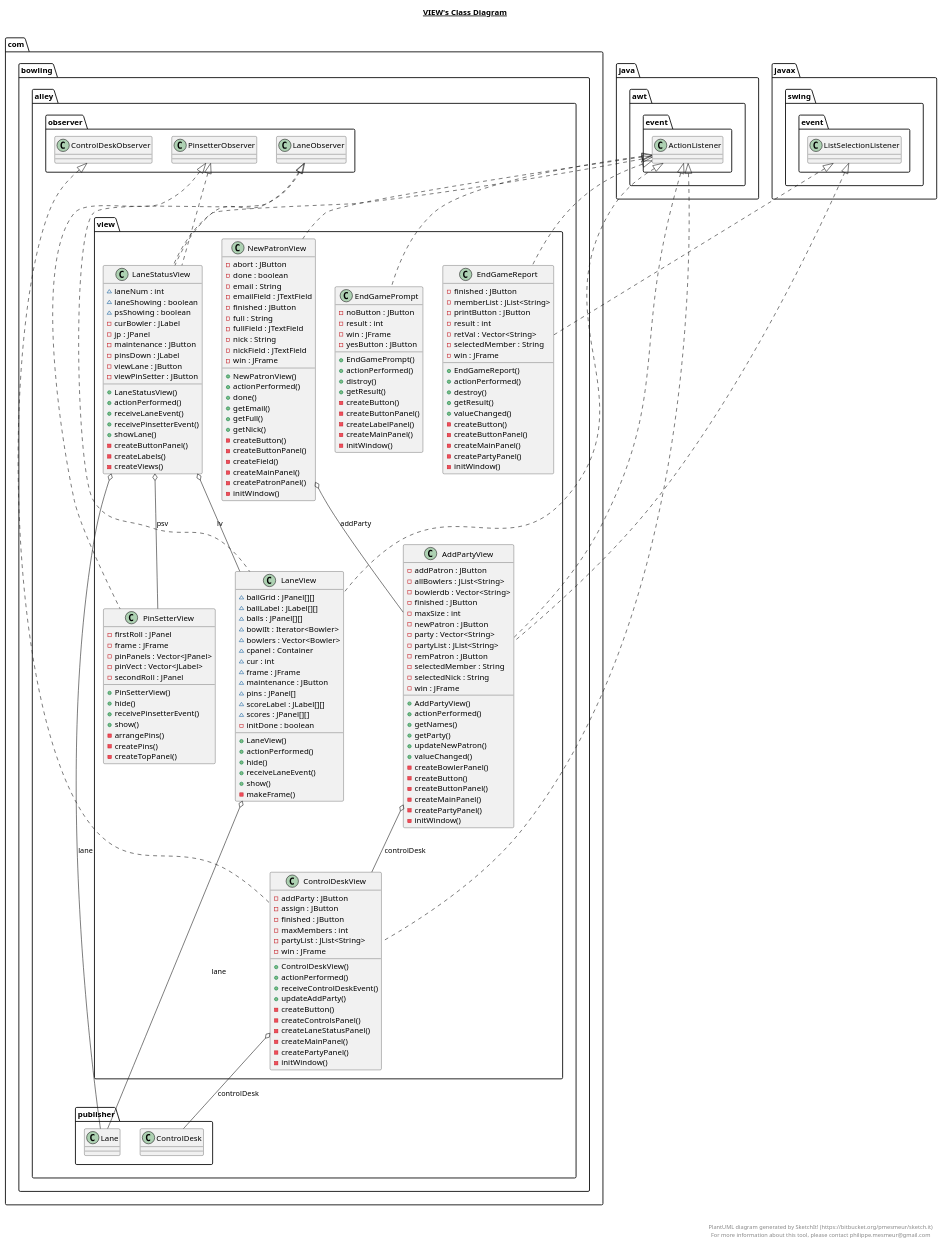
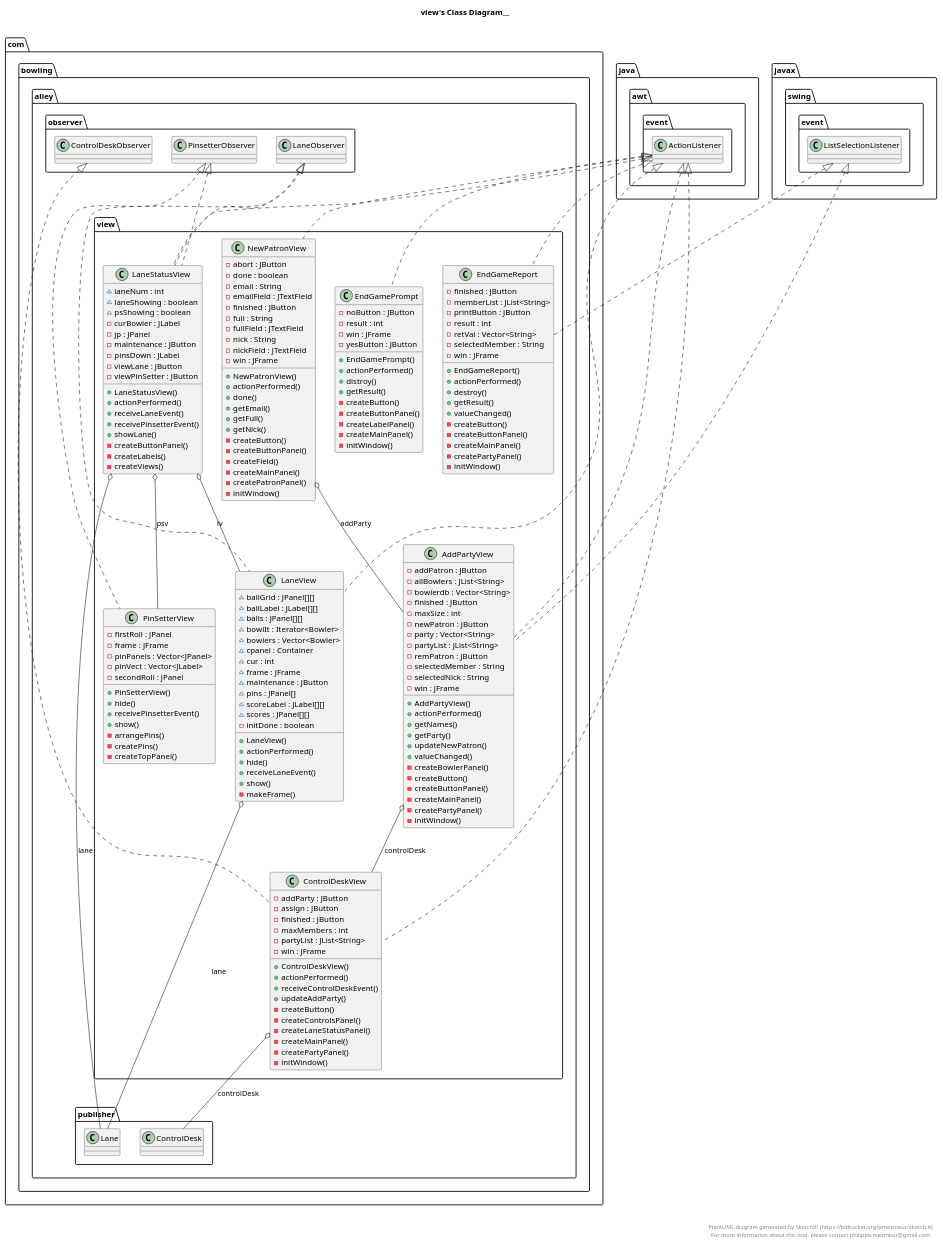
One commit to akshayphate/bowlingalley changed the diagram in src/com/bowling/alley/view/view.plantuml. Above: the diagram before and after it, drawn with PlantUML. The commit also changed 11 other files, not shown here.

```diff
--- a/src/com/bowling/alley/view/view.plantuml
+++ b/src/com/bowling/alley/view/view.plantuml
@@ -1,6 +1,6 @@
 @startuml
 
-title __VIEW's Class Diagram__\n
+title view's Class Diagram__\n
 
   namespace com.bowling.alley {
     namespace view {
```
